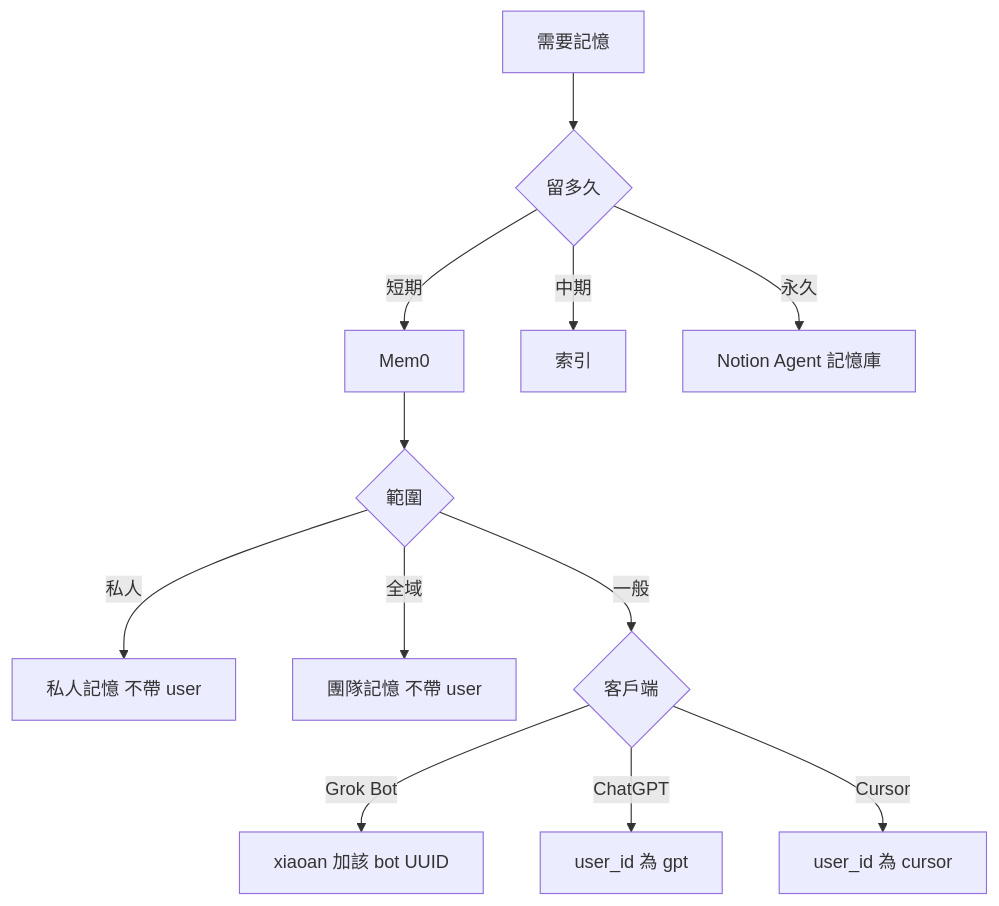
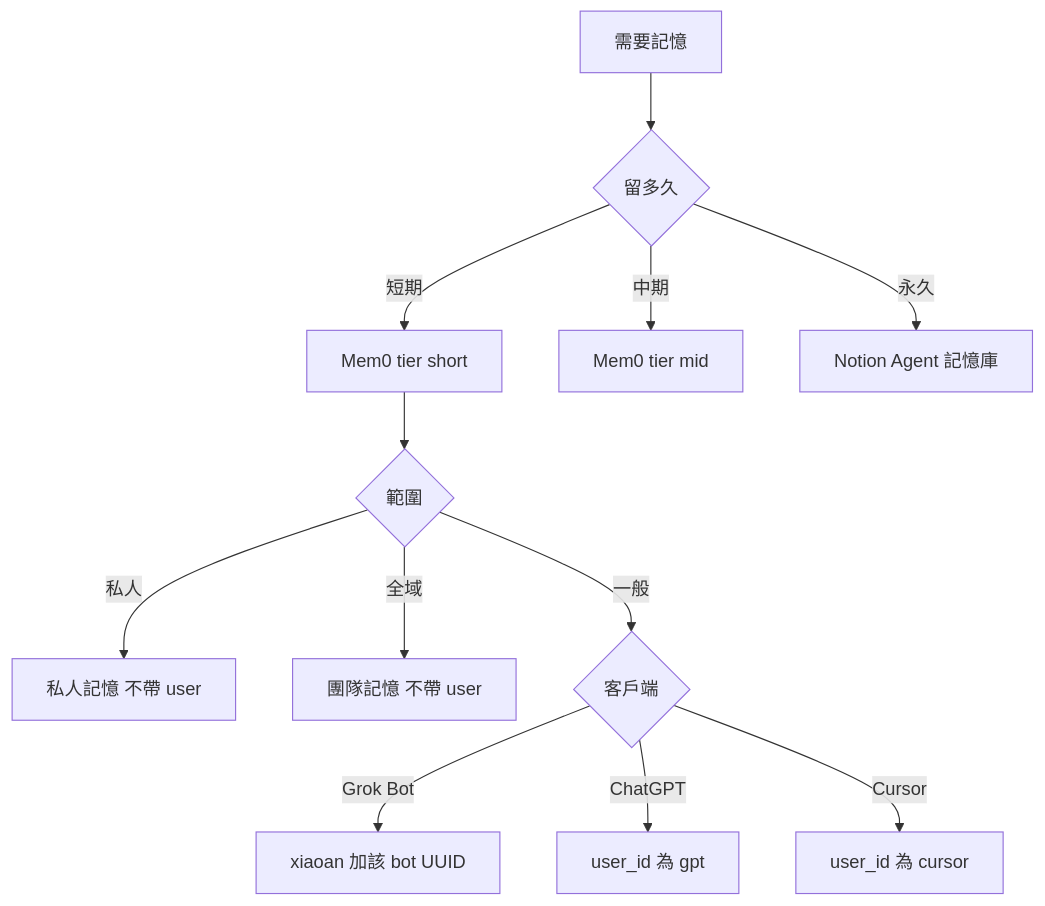
One commit to VECTOR-COOL/my-agent-toolkit changed the diagram in my-skills/my-workflow/skills/my-memory/SKILL.md. Above: the diagram before and after it, drawn with Mermaid. The commit also changed other lines of this file and 13 other files, not shown here.

````diff
--- a/my-skills/my-workflow/skills/my-memory/SKILL.md
+++ b/my-skills/my-workflow/skills/my-memory/SKILL.md
@@ -15,14 +15,14 @@
 ```mermaid
 graph TD
   Q[需要記憶] --> T{留多久}
-  T -->|短期| M[Mem0]
-  T -->|中期| I[索引]
+  T -->|短期| M[Mem0 tier short]
+  T -->|中期| Mid[Mem0 tier mid]
   T -->|永久| N[Notion Agent 記憶庫]
   M --> S{範圍}
   S -->|私人| P[私人記憶 不帶 user]
   S -->|全域| G[團隊記憶 不帶 user]
   S -->|一般| C{客戶端}
   C -->|Grok Bot| GA[xiaoan 加該 bot UUID]
   C -->|ChatGPT| GPT[user_id 為 gpt]
   C -->|Cursor| CU[user_id 為 cursor]
 ```
````
